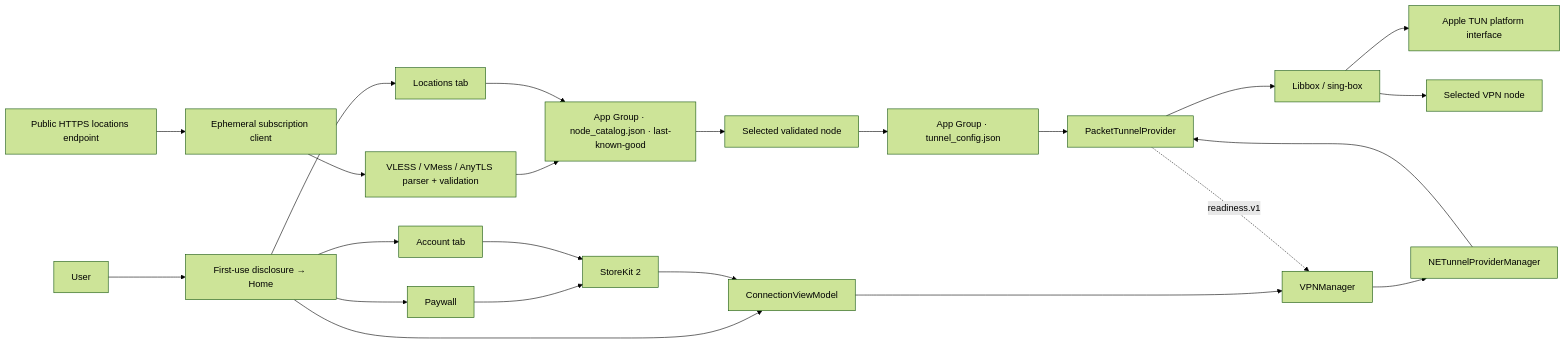
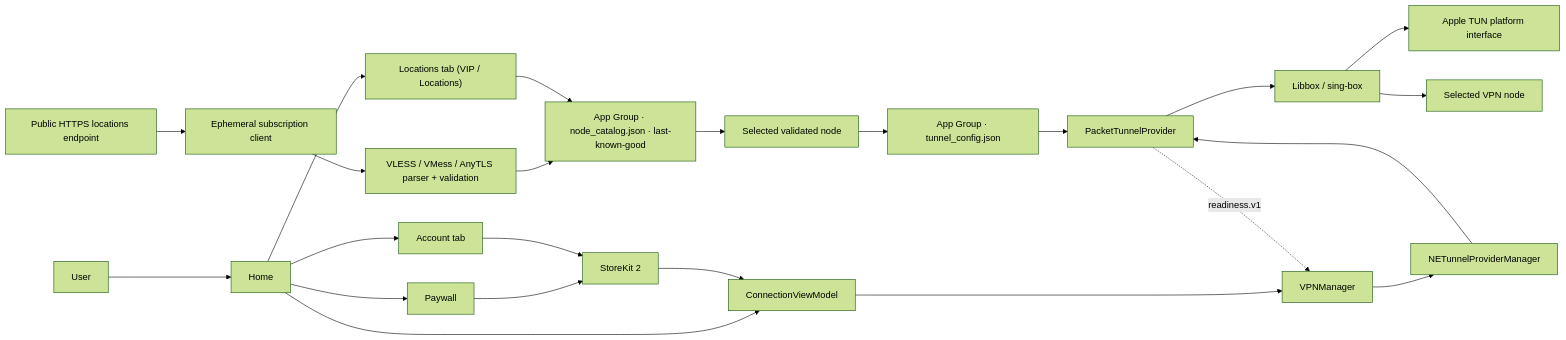
One commit to oversea-starups/aster-vpn-ios changed the diagram in docs/ARCHITECTURE.md. Above: the diagram before and after it, drawn with Mermaid (forest theme). The commit also changed other lines of this file and 7 other files, not shown here.

Commit message:
feat: refine layout and add vip locations tabs

````diff
--- a/docs/ARCHITECTURE.md
+++ b/docs/ARCHITECTURE.md
@@ -12,28 +12,28 @@
 ```mermaid
 flowchart LR
-    U["User"] --> UI["First-use disclosure → Home"]
-    UI --> LOC["Locations tab"]
+    U["User"] --> UI["Home"]
+    UI --> LOC["Locations tab (VIP / Locations)"]
     UI --> ACC["Account tab"]
     UI --> PAY["Paywall"]
 
     FEED["Public HTTPS locations endpoint"] --> HTTP["Ephemeral subscription client"]
     HTTP --> PARSE["VLESS / VMess / AnyTLS parser + validation"]
     PARSE --> CAT["App Group · node_catalog.json · last-known-good"]
     LOC --> CAT
     CAT --> SELECT["Selected validated node"]
     SELECT --> CFG["App Group · tunnel_config.json"]
 
     PAY --> SK["StoreKit 2"]
     ACC --> SK
 
     UI --> VM["ConnectionViewModel"]
     SK --> VM
     VM --> VPN["VPNManager"]
     VPN --> NE["NETunnelProviderManager"]
     CFG --> EXT["PacketTunnelProvider"]
     NE --> EXT
     EXT --> LIB["Libbox / sing-box"]
     LIB --> TUN["Apple TUN platform interface"]
     EXT -. "readiness.v1" .-> VPN
     LIB --> NODE["Selected VPN node"]
 ```
````
